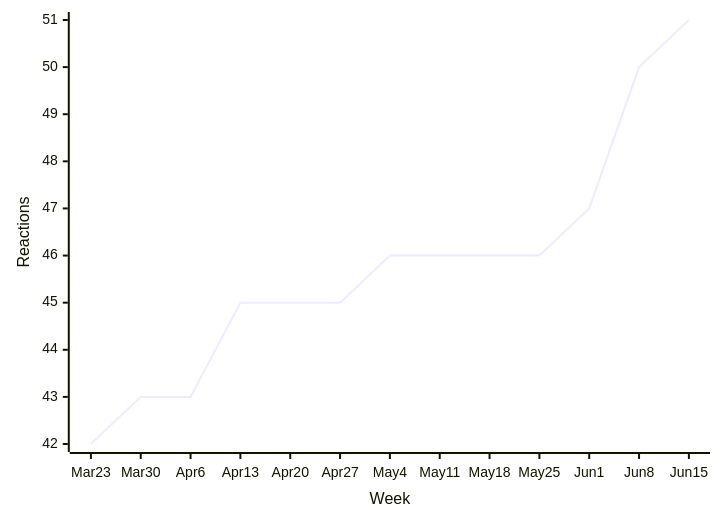
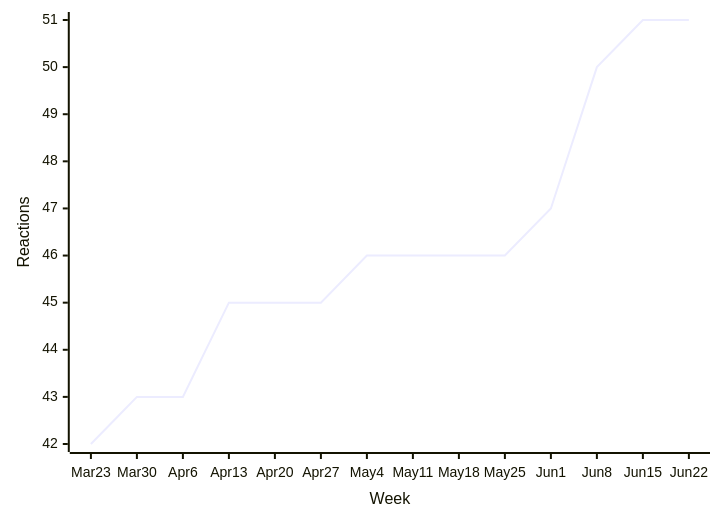
One commit to loic-sharma/github-insights changed diagram 15 of 50 in README.md. Above: the diagram before and after it, drawn with Mermaid. The commit also changed other lines of this file and 3 other files, not shown here.

````diff
--- a/README.md
+++ b/README.md
@@ -577,6 +577,6 @@
   ```mermaid
   xychart-beta
-    x-axis "Week" [Mar 23, Mar 30, Apr 6, Apr 13, Apr 20, Apr 27, May 4, May 11, May 18, May 25, Jun 1, Jun 8, Jun 15]
+    x-axis "Week" [Mar 23, Mar 30, Apr 6, Apr 13, Apr 20, Apr 27, May 4, May 11, May 18, May 25, Jun 1, Jun 8, Jun 15, Jun 22]
     y-axis "Reactions"
-    line [42, 43, 43, 45, 45, 45, 46, 46, 46, 46, 47, 50, 51]
+    line [42, 43, 43, 45, 45, 45, 46, 46, 46, 46, 47, 50, 51, 51]
   ```
````
